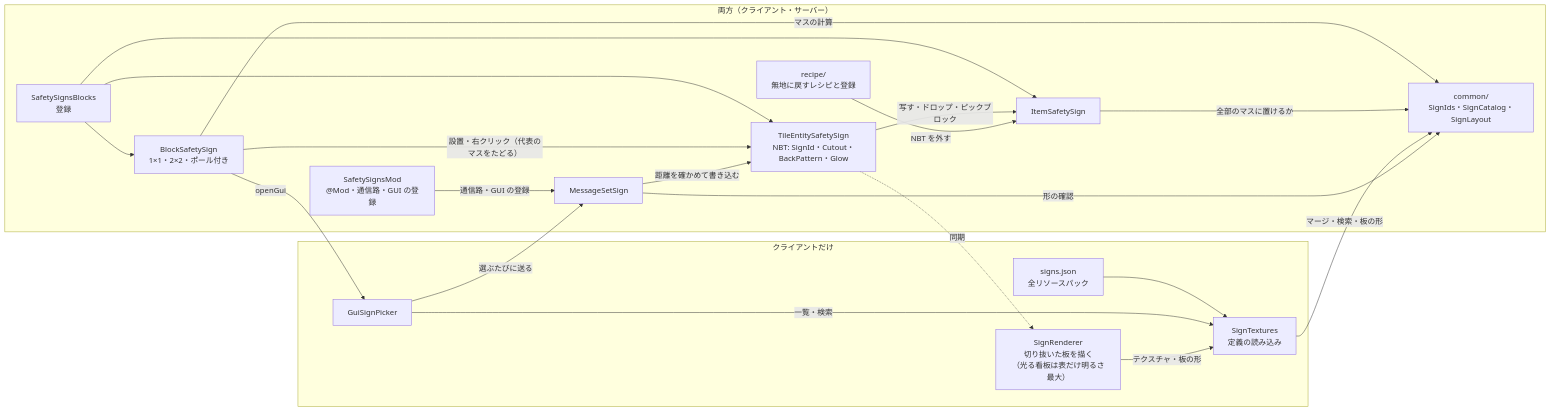
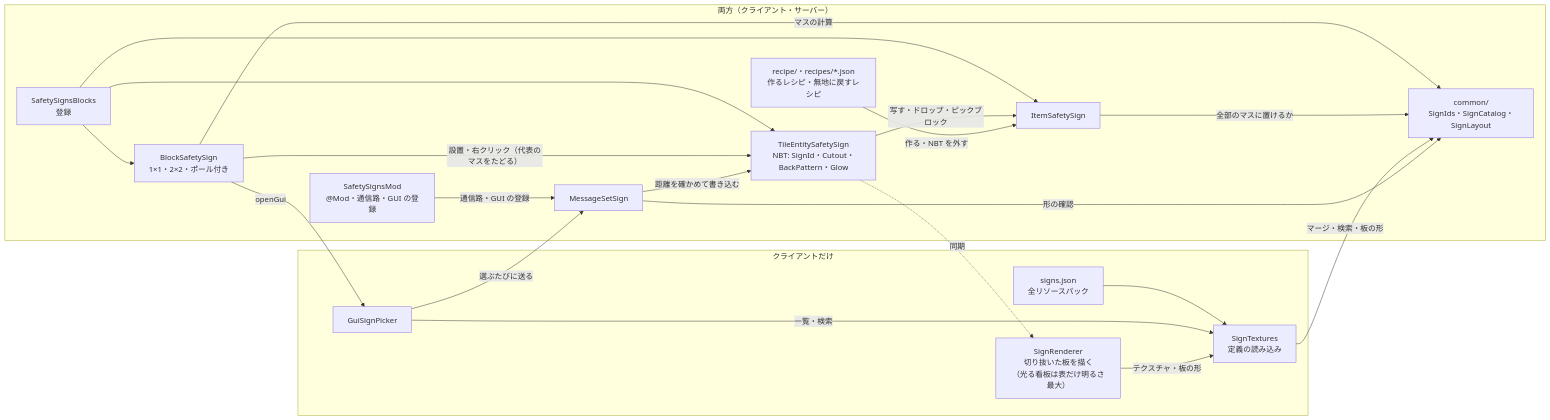
One commit to zeusisgood/safetysigns changed the first of 2 diagrams in doc/architecture.md. Above: the diagram before and after it, drawn with Mermaid. The commit also changed other lines of this file and 15 other files, not shown here.

````diff
--- a/doc/architecture.md
+++ b/doc/architecture.md
@@ -33,37 +34,37 @@
 ```mermaid
 flowchart LR
     subgraph Both["両方（クライアント・サーバー）"]
         Mod["SafetySignsMod<br/>@Mod・通信路・GUI の登録"]
         Reg["SafetySignsBlocks<br/>登録"]
         Block["BlockSafetySign<br/>1×1・2×2・ポール付き"]
         Item["ItemSafetySign"]
         TE["TileEntitySafetySign<br/>NBT: SignId・Cutout・BackPattern・Glow"]
         Msg["MessageSetSign"]
         Common["common/<br/>SignIds・SignCatalog・SignLayout"]
-        Recipe["recipe/<br/>無地に戻すレシピと登録"]
+        Recipe["recipe/・recipes/*.json<br/>作るレシピ・無地に戻すレシピ"]
     end
     subgraph Client["クライアントだけ"]
         Tex["SignTextures<br/>定義の読み込み"]
         Json["signs.json<br/>全リソースパック"]
         Render["SignRenderer<br/>切り抜いた板を描く<br/>（光る看板は表だけ明るさ最大）"]
         Gui["GuiSignPicker"]
     end
     Mod -- 通信路・GUI の登録 --> Msg
     Reg --> Block
     Reg --> Item
     Reg --> TE
     Block -->|"設置・右クリック（代表のマスをたどる）"| TE
     Block -- マスの計算 --> Common
     Item -- 全部のマスに置けるか --> Common
     TE -- 写す・ドロップ・ピックブロック --> Item
-    Recipe -- NBT を外す --> Item
+    Recipe -- 作る・NBT を外す --> Item
     Block -- openGui --> Gui
     Json --> Tex
     Tex -- マージ・検索・板の形 --> Common
     Gui -- 一覧・検索 --> Tex
     Gui -- 選ぶたびに送る --> Msg
     Msg -- 形の確認 --> Common
     Msg -- 距離を確かめて書き込む --> TE
     TE -. 同期 .-> Render
     Render -- テクスチャ・板の形 --> Tex
 ```
````
